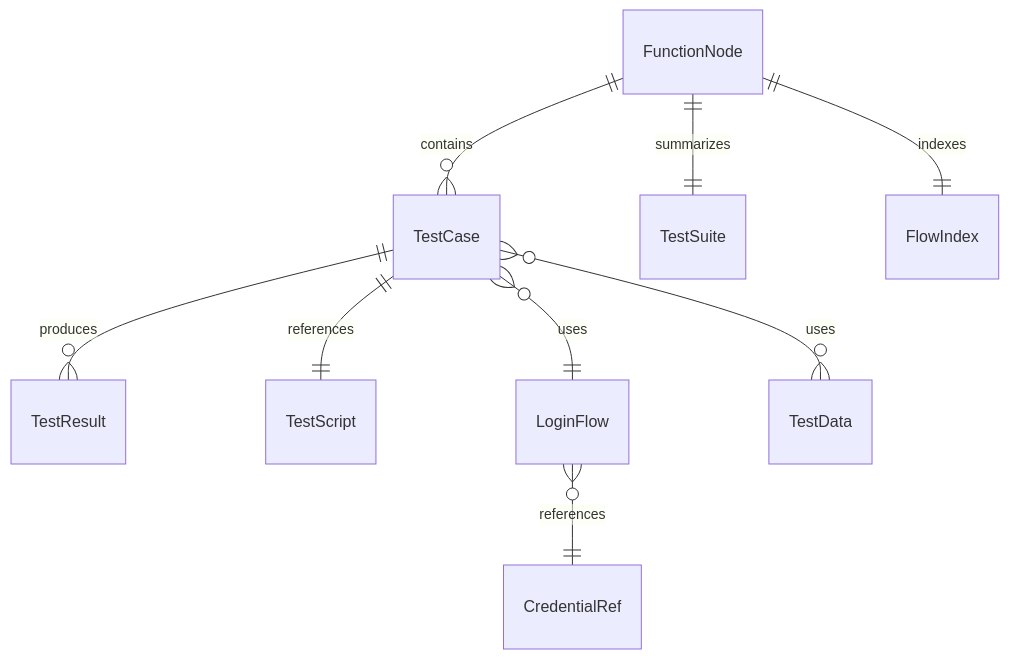
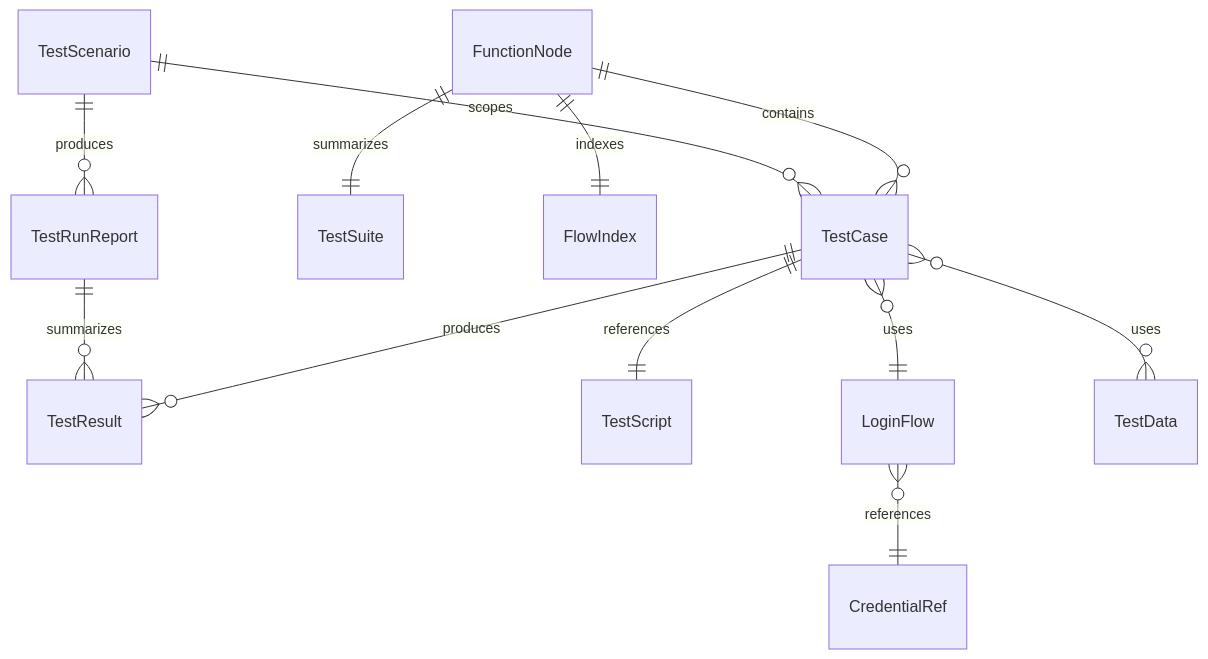
One commit to Neplich/dev-agent-skills changed the third of 3 diagrams in docs/pm/qa-e2e-case-memory/PRD.md. Above: the diagram before and after it, drawn with Mermaid. The commit also changed other lines of this file, not shown here.

````diff
--- a/docs/pm/qa-e2e-case-memory/PRD.md
+++ b/docs/pm/qa-e2e-case-memory/PRD.md
@@ -232,11 +279,14 @@
 ```mermaid
 erDiagram
     FunctionNode ||--o{ TestCase : contains
     FunctionNode ||--|| TestSuite : summarizes
     FunctionNode ||--|| FlowIndex : indexes
     TestCase ||--o{ TestResult : produces
     TestCase ||--|| TestScript : references
     TestCase }o--|| LoginFlow : uses
     LoginFlow }o--|| CredentialRef : references
     TestCase }o--o{ TestData : uses
+    TestScenario ||--o{ TestCase : scopes
+    TestScenario ||--o{ TestRunReport : produces
+    TestRunReport ||--o{ TestResult : summarizes
 ```
````
